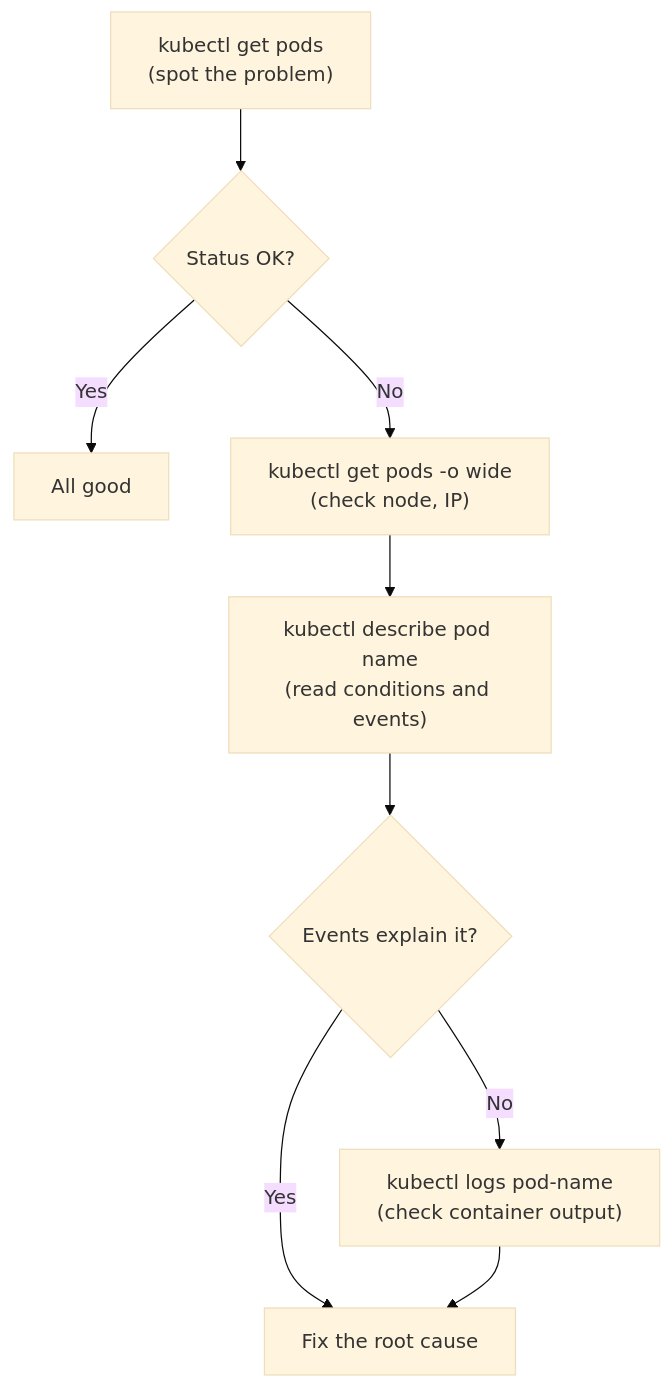
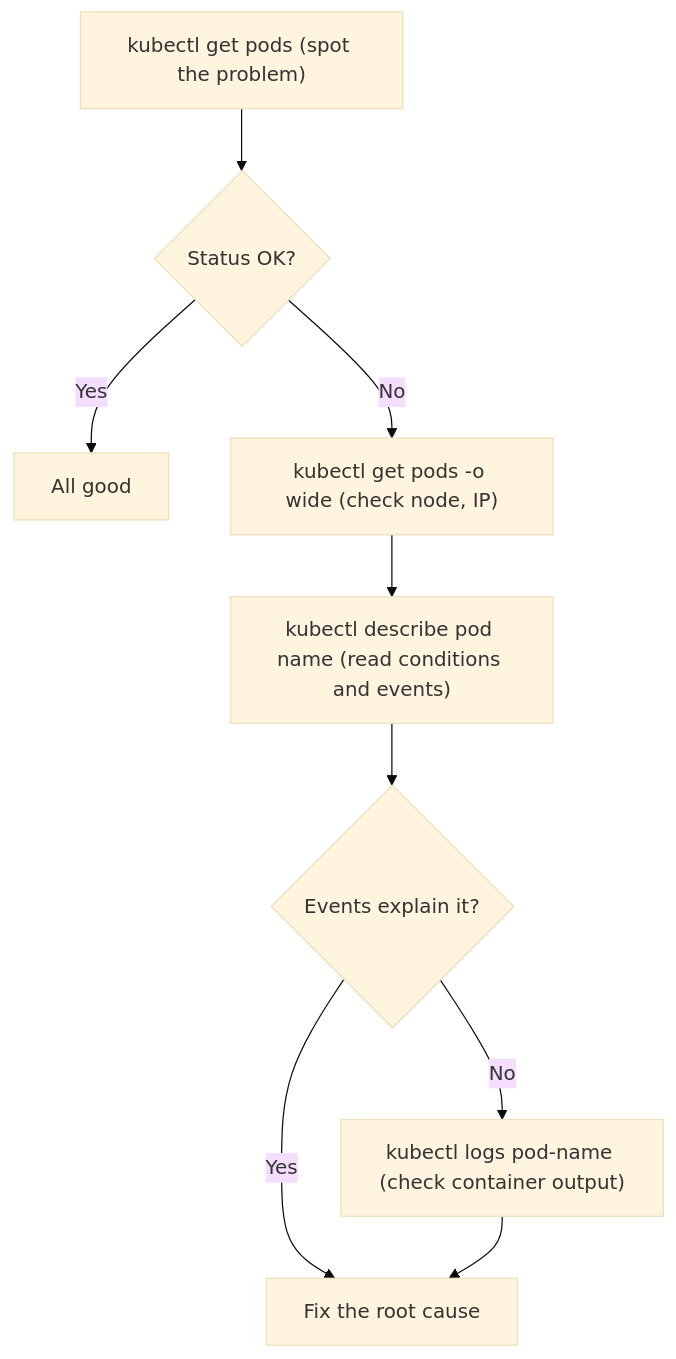
The diagram in src/courses/modules/kubectl-essentials/02-viewing-resources/en/content.md (Antoine-Flo/kube-mastery), drawn with Mermaid (base theme) before and after one commit. The commit also changed other lines of this file and 13 other files, not shown here.

````diff
--- a/src/courses/modules/kubectl-essentials/02-viewing-resources/en/content.md
+++ b/src/courses/modules/kubectl-essentials/02-viewing-resources/en/content.md
@@ -129,11 +129,11 @@
 ```mermaid
 flowchart TD
-    A["kubectl get pods\n(spot the problem)"] --> B{Status OK?}
+    A["kubectl get pods (spot the problem)"] --> B{Status OK?}
     B -- Yes --> Z["All good"]
-    B -- No --> C["kubectl get pods -o wide\n(check node, IP)"]
-    C --> D["kubectl describe pod name\n(read conditions and events)"]
+    B -- No --> C["kubectl get pods -o wide (check node, IP)"]
+    C --> D["kubectl describe pod name (read conditions and events)"]
     D --> E{Events explain it?}
     E -- Yes --> F["Fix the root cause"]
-    E -- No --> G["kubectl logs pod-name\n(check container output)"]
+    E -- No --> G["kubectl logs pod-name (check container output)"]
     G --> F
 ```
````
